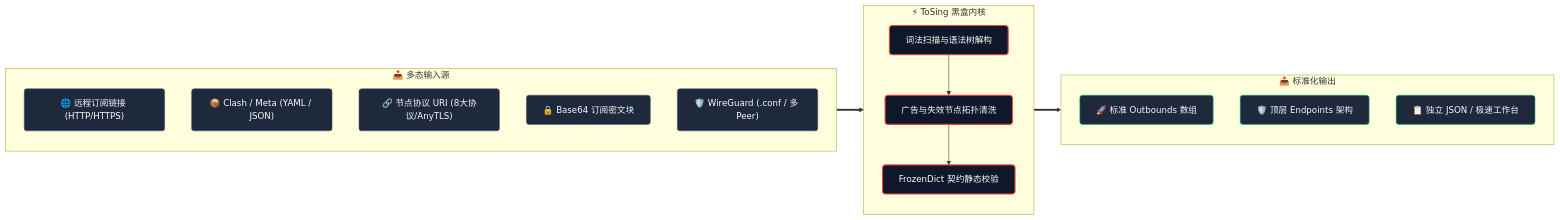
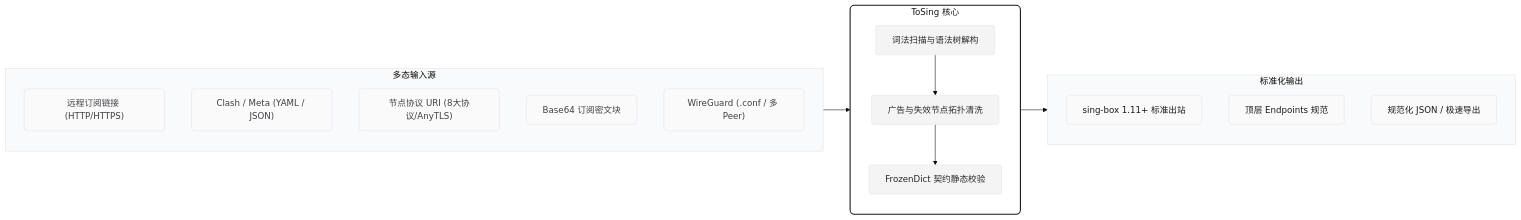
The second of 2 diagrams in README.md (zennnnnnn11/ToSing), drawn with Mermaid before and after one commit. The commit also changed other lines of this file, not shown here.

Commit message:
docs: adopt minimalist light-mode aesthetic with refined mermaid schema

````diff
--- a/README.md
+++ b/README.md
@@ -101,37 +104,40 @@
 ```mermaid
+%%{init: {'theme': 'base', 'themeVariables': { 'primaryColor': '#FFFFFF', 'edgeLabelBackground':'#FFFFFF', 'tertiaryColor': '#F8FAFC'}}}%%
 flowchart LR
-    classDef input fill:#1E293B,stroke:#475569,stroke-width:1px,color:#F8FAFC,rx:5,ry:5
-    classDef core fill:#0F172A,stroke:#EF4444,stroke-width:2px,color:#FFFFFF,rx:6,ry:6
-    classDef output fill:#1E293B,stroke:#10B981,stroke-width:1px,color:#F8FAFC,rx:5,ry:5
+    classDef input fill:#FAFAFA,stroke:#E4E4E7,stroke-width:1px,color:#3F3F46,rx:6,ry:6
+    classDef core fill:#FFFFFF,stroke:#18181B,stroke-width:2px,color:#18181B,rx:8,ry:8
+    classDef step fill:#F4F4F5,stroke:#E4E4E7,stroke-width:1px,color:#27272A,rx:4,ry:4
+    classDef output fill:#FAFAFA,stroke:#E4E4E7,stroke-width:1px,color:#18181B,rx:6,ry:6
 
-    subgraph Inputs [" 📥 多态输入源 "]
+    subgraph Inputs [" 多态输入源 "]
         direction TB
-        I1["🌐 远程订阅链接 (HTTP/HTTPS)"]
-        I2["📦 Clash / Meta (YAML / JSON)"]
-        I3["🔗 节点协议 URI (8大协议/AnyTLS)"]
-        I4["🔒 Base64 订阅密文块"]
-        I5["🛡️ WireGuard (.conf / 多 Peer)"]
+        I1["远程订阅链接 (HTTP/HTTPS)"]
+        I2["Clash / Meta (YAML / JSON)"]
+        I3["节点协议 URI (8大协议/AnyTLS)"]
+        I4["Base64 订阅密文块"]
+        I5["WireGuard (.conf / 多 Peer)"]
     end
 
-    subgraph Engine [" ⚡ ToSing 黑盒内核 "]
+    subgraph Engine [" ToSing 核心 "]
         direction TB
         E1["词法扫描与语法树解构"]
         E2["广告与失效节点拓扑清洗"]
         E3["FrozenDict 契约静态校验"]
         E1 --> E2 --> E3
     end
 
-    subgraph Outputs [" 📤 标准化输出 "]
+    subgraph Outputs [" 标准化输出 "]
         direction TB
-        O1["🚀 标准 Outbounds 数组"]
-        O2["🛡️ 顶层 Endpoints 架构"]
-        O3["📋 独立 JSON / 极速工作台"]
+        O1["sing-box 1.11+ 标准出站"]
+        O2["顶层 Endpoints 规范"]
+        O3["规范化 JSON / 极速导出"]
     end
 
-    Inputs ==> Engine
-    Engine ==> Outputs
+    Inputs --> Engine
+    Engine --> Outputs
 
     class I1,I2,I3,I4,I5 input
-    class E1,E2,E3 core
+    class Engine core
+    class E1,E2,E3 step
     class O1,O2,O3 output
 ```
````
